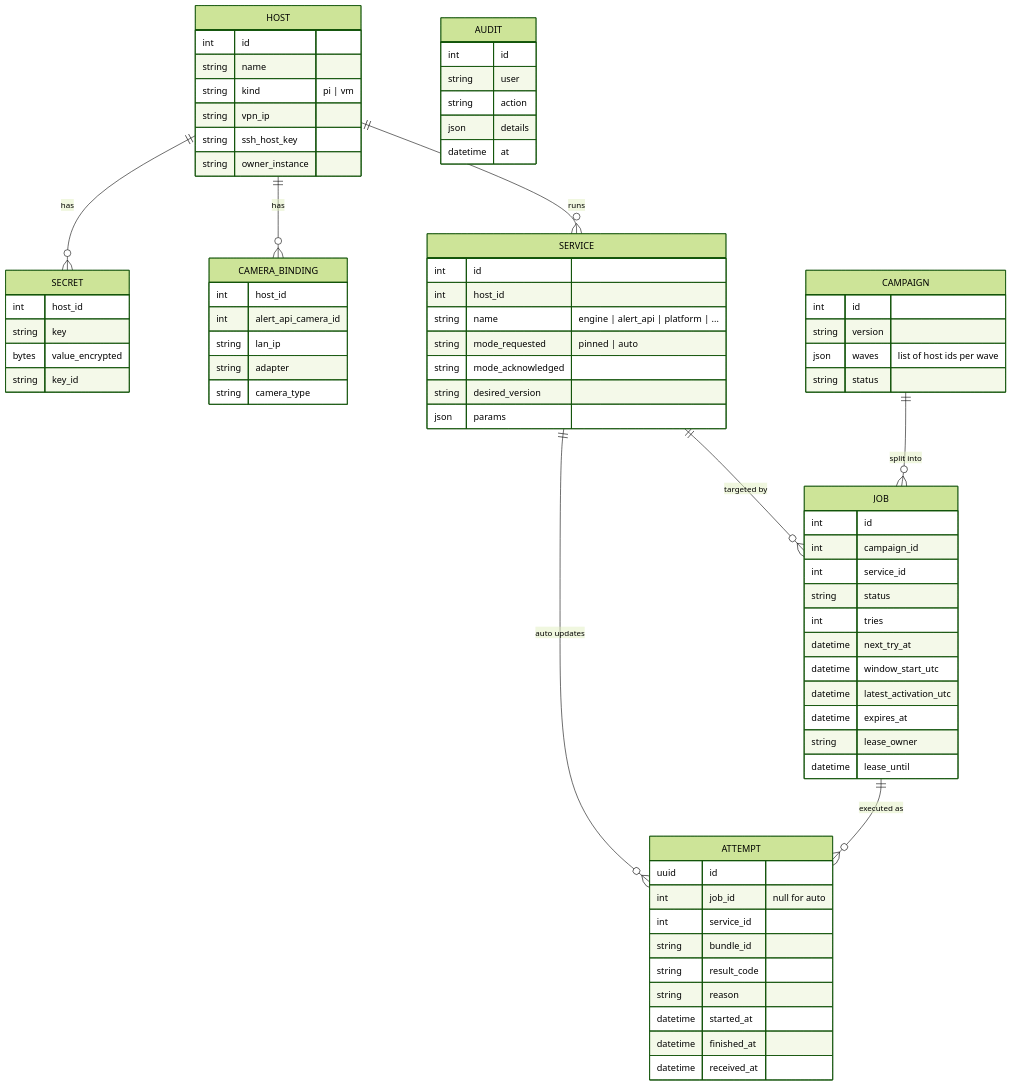
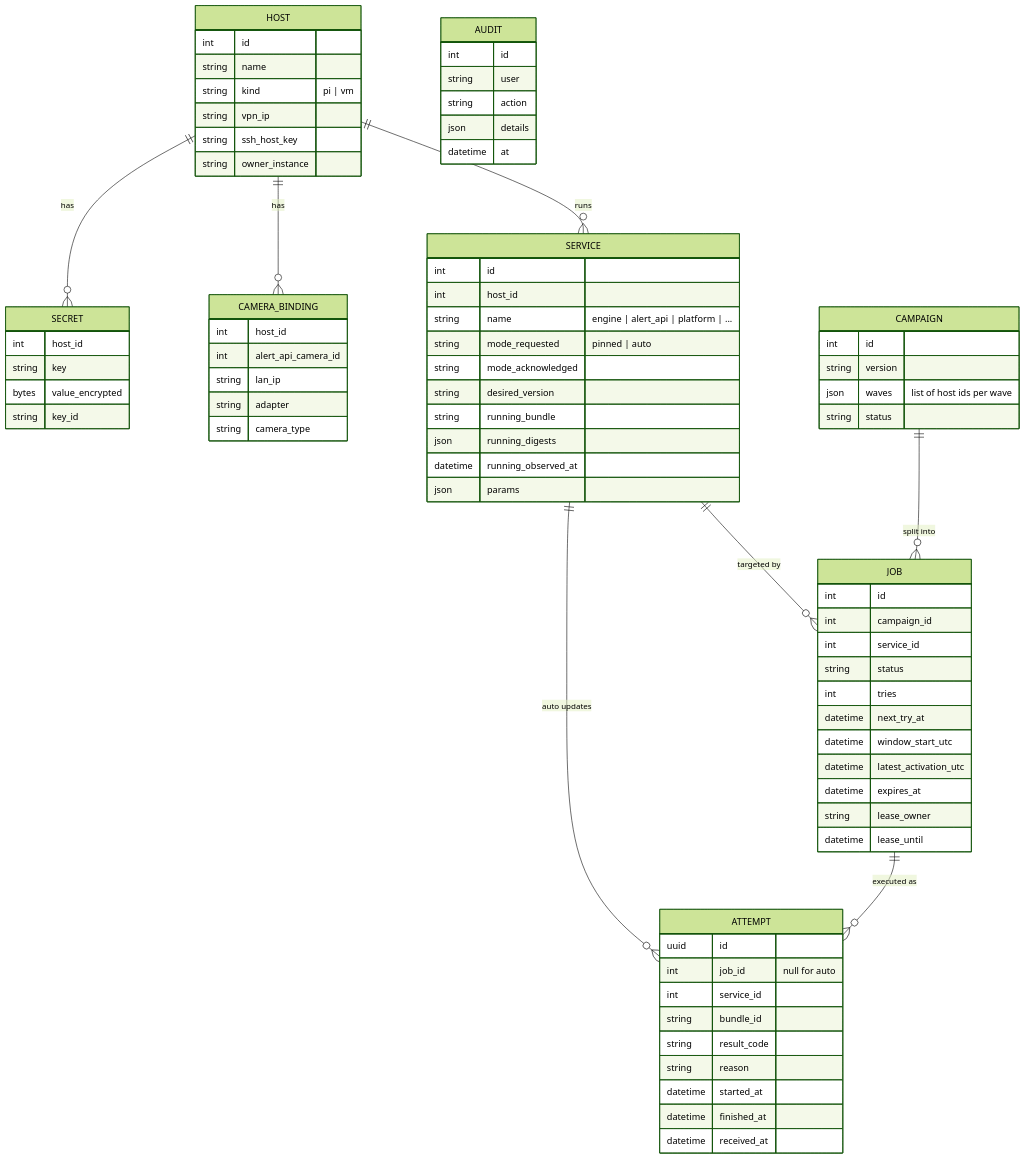
One commit to pyronear/pi-manager-template changed the fourth of 13 diagrams in docs/ADR/fleet-api.md. Above: the diagram before and after it, drawn with Mermaid (forest theme). The commit also changed other lines of this file, not shown here.

First line of the commit message:
docs(adr): report the running version from pyro-update, not the heartbeat

````diff
--- a/docs/ADR/fleet-api.md
+++ b/docs/ADR/fleet-api.md
@@ -157,77 +158,80 @@
 ```mermaid
 erDiagram
     HOST ||--o{ SERVICE : runs
     HOST ||--o{ CAMERA_BINDING : has
     HOST ||--o{ SECRET : has
     SERVICE ||--o{ JOB : "targeted by"
     CAMPAIGN ||--o{ JOB : "split into"
     JOB ||--o{ ATTEMPT : "executed as"
     SERVICE ||--o{ ATTEMPT : "auto updates"
     HOST {
         int id
         string name
         string kind "pi | vm"
         string vpn_ip
         string ssh_host_key
         string owner_instance
     }
     SERVICE {
         int id
         int host_id
         string name "engine | alert_api | platform | ..."
         string mode_requested "pinned | auto"
         string mode_acknowledged
         string desired_version
+        string running_bundle
+        json running_digests
+        datetime running_observed_at
         json params
     }
     CAMERA_BINDING {
         int host_id
         int alert_api_camera_id
         string lan_ip
         string adapter
         string camera_type
     }
     SECRET {
         int host_id
         string key
         bytes value_encrypted
         string key_id
     }
     CAMPAIGN {
         int id
         string version
         json waves "list of host ids per wave"
         string status
     }
     JOB {
         int id
         int campaign_id
         int service_id
         string status
         int tries
         datetime next_try_at
         datetime window_start_utc
         datetime latest_activation_utc
         datetime expires_at
         string lease_owner
         datetime lease_until
     }
     ATTEMPT {
         uuid id
         int job_id "null for auto"
         int service_id
         string bundle_id
         string result_code
         string reason
         datetime started_at
         datetime finished_at
         datetime received_at
     }
     AUDIT {
         int id
         string user
         string action
         json details
         datetime at
     }
 ```
````
